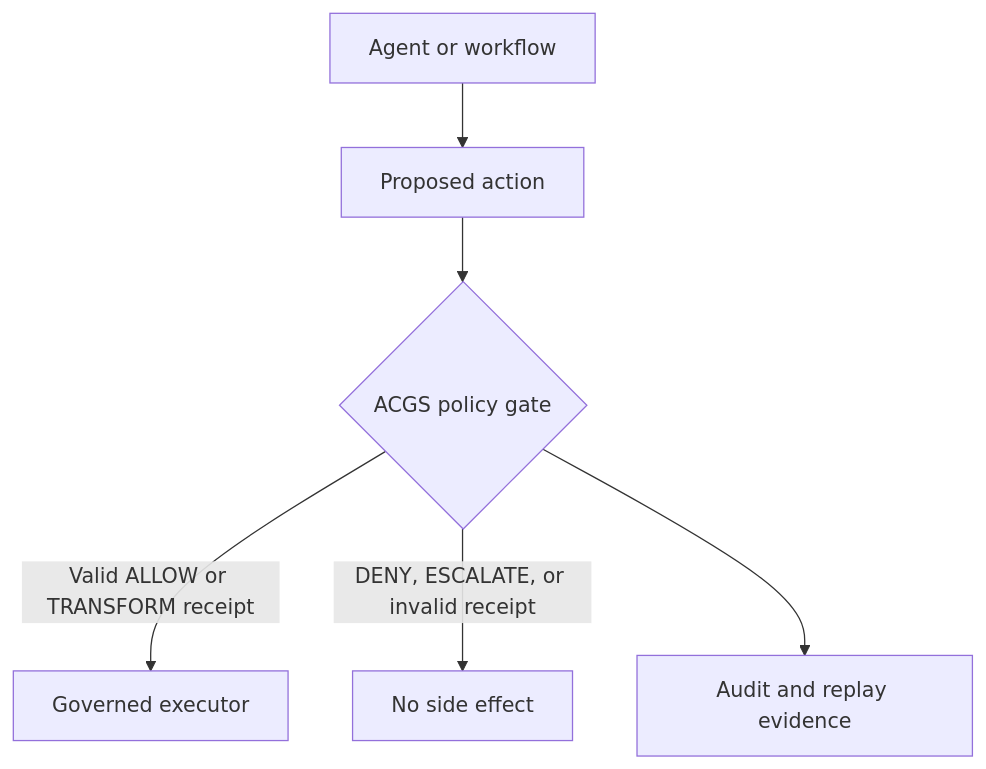
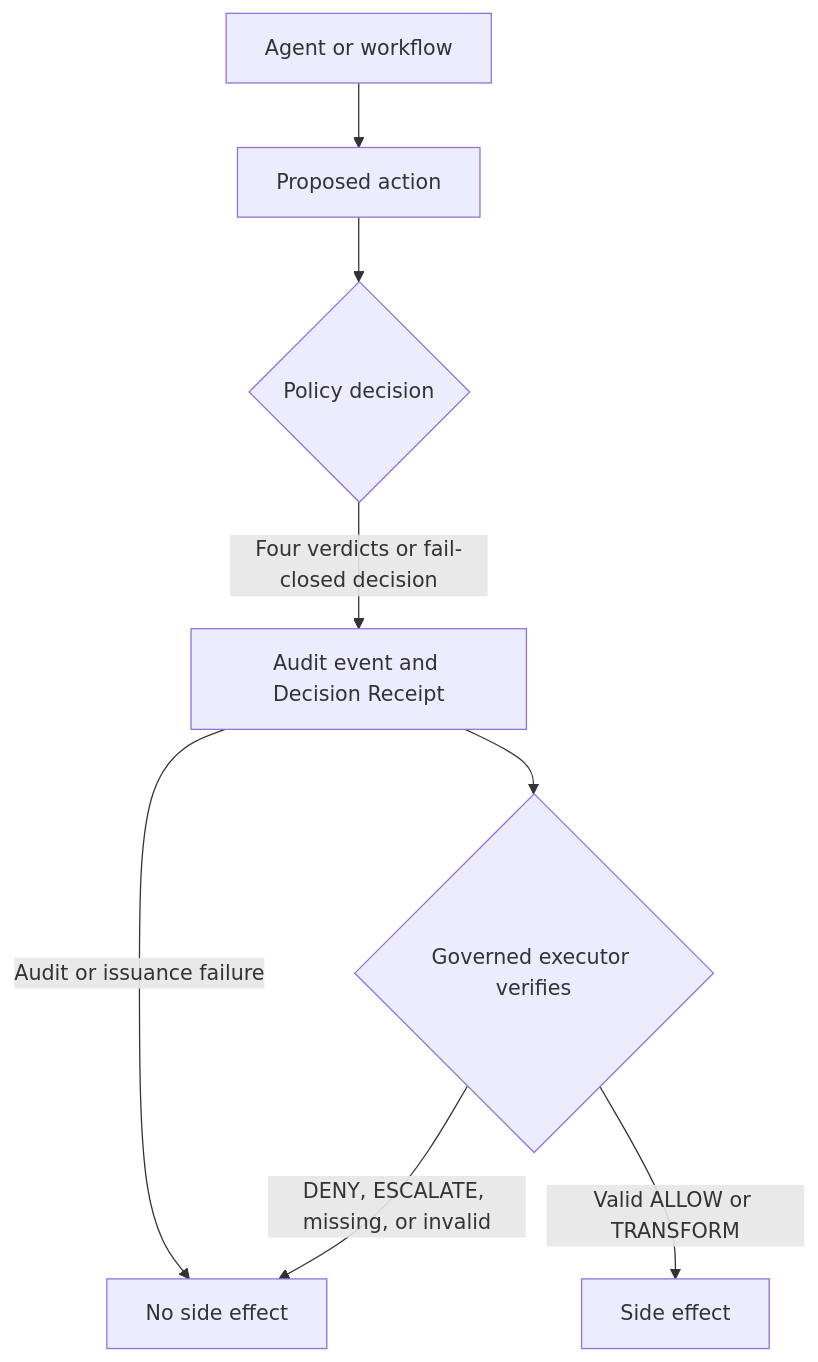
Before and after one commit to acgs-ai/ACGS: the diagram in README.md, drawn with Mermaid. The commit also changed other lines of this file, not shown here.

````diff
--- a/README.md
+++ b/README.md
@@ -33,8 +34,10 @@
 ```mermaid
 flowchart TD
     A[Agent or workflow] --> B[Proposed action]
-    B --> C{ACGS policy gate}
-    C -->|Valid ALLOW or TRANSFORM receipt| D[Governed executor]
-    C -->|DENY, ESCALATE, or invalid receipt| E[No side effect]
-    C --> F[Audit and replay evidence]
+    B --> C{Policy decision}
+    C -->|Four verdicts or fail-closed decision| D[Audit event and Decision Receipt]
+    D -->|Audit or issuance failure| E[No side effect]
+    D --> F{Governed executor verifies}
+    F -->|Valid ALLOW or TRANSFORM| G[Side effect]
+    F -->|DENY, ESCALATE, missing, or invalid| E
 ```
````
